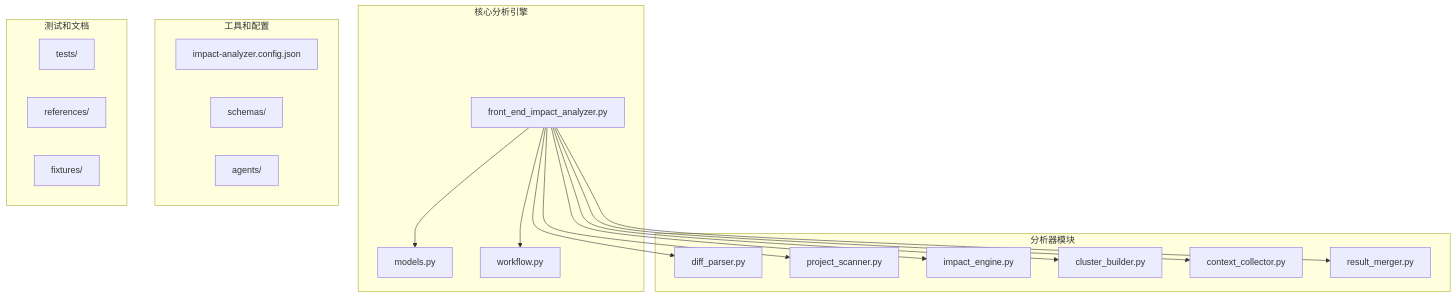
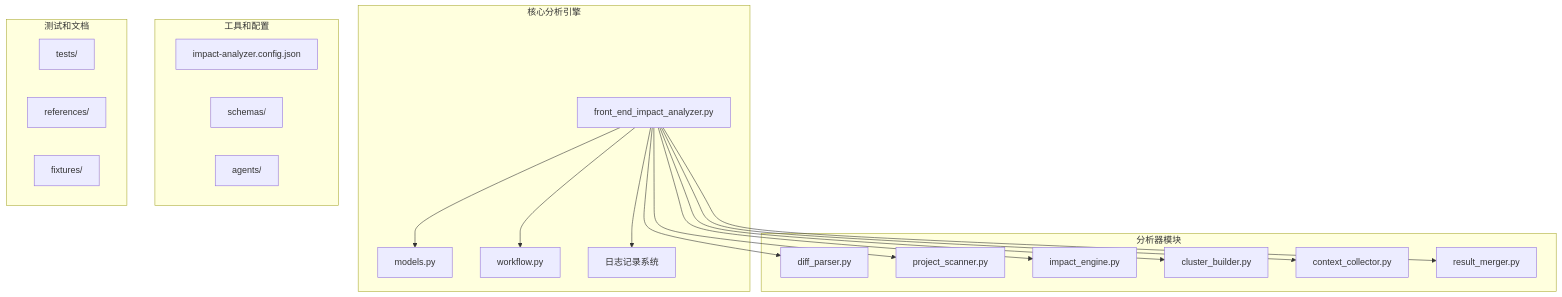
The first of 15 diagrams in .qoder/repowiki/zh/content/Workflow Management.md (brand-new-remo/frontend-impact-analyzer), drawn with Mermaid before and after one commit. The commit also changed other lines of this file and 7 other files, not shown here.

````diff
--- a/.qoder/repowiki/zh/content/Workflow Management.md
+++ b/.qoder/repowiki/zh/content/Workflow Management.md
@@ -42,34 +51,36 @@
 ```mermaid
 graph TB
 subgraph "核心分析引擎"
 FEIA[front_end_impact_analyzer.py]
 Models[models.py]
 Workflow[workflow.py]
+LogSystem[日志记录系统]
 end
 subgraph "分析器模块"
 DiffParser[diff_parser.py]
 ProjectScanner[project_scanner.py]
 ImpactEngine[impact_engine.py]
 ClusterBuilder[cluster_builder.py]
 ContextCollector[context_collector.py]
 ResultMerger[result_merger.py]
 end
 subgraph "工具和配置"
 Config[impact-analyzer.config.json]
 Schemas[schemas/]
 Agents[agents/]
 end
 subgraph "测试和文档"
 Tests[tests/]
 References[references/]
 Fixtures[fixtures/]
 end
 FEIA --> Models
 FEIA --> Workflow
+FEIA --> LogSystem
 FEIA --> DiffParser
 FEIA --> ProjectScanner
 FEIA --> ImpactEngine
 FEIA --> ClusterBuilder
 FEIA --> ContextCollector
 FEIA --> ResultMerger
 ```
````
